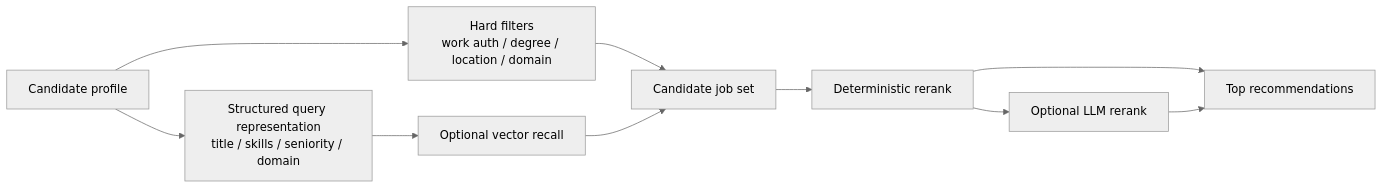
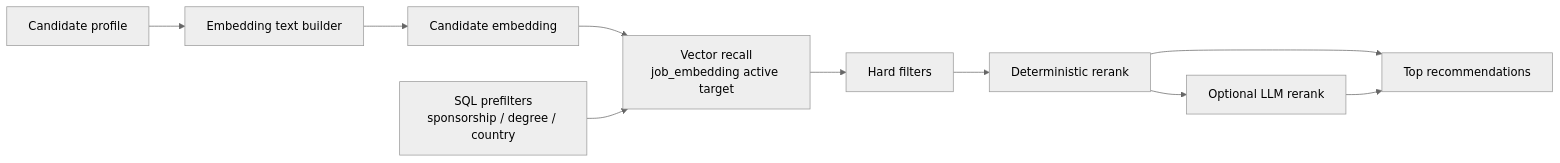
Before and after one commit to DengNaichen/job: the fourth of 4 diagrams in docs/architecture/README.md, drawn with Mermaid (neutral theme). The commit also changed other lines of this file and 10 other files, not shown here.

Commit message:
docs: align architecture and data model to current implementation

````diff
--- a/docs/architecture/README.md
+++ b/docs/architecture/README.md
@@ -293,21 +234,22 @@
 ```mermaid
 flowchart LR
     U["Candidate profile"]
-    UF["Hard filters<br/>work auth / degree / location / domain"]
-    Q["Structured query representation<br/>title / skills / seniority / domain"]
-    V["Optional vector recall"]
-    C["Candidate job set"]
+    T["Embedding text builder"]
+    E["Candidate embedding"]
+    P["SQL prefilters<br/>sponsorship / degree / country"]
+    V["Vector recall<br/>job_embedding active target"]
+    H["Hard filters"]
     R["Deterministic rerank"]
     L["Optional LLM rerank"]
     O["Top recommendations"]
 
-    U --> Q
-    U --> UF
-    Q --> V
-    UF --> C
-    V --> C
-    C --> R
+    U --> T
+    T --> E
+    E --> V
+    P --> V
+    V --> H
+    H --> R
+    R --> O
     R --> L
-    R --> O
     L --> O
 ```
````
